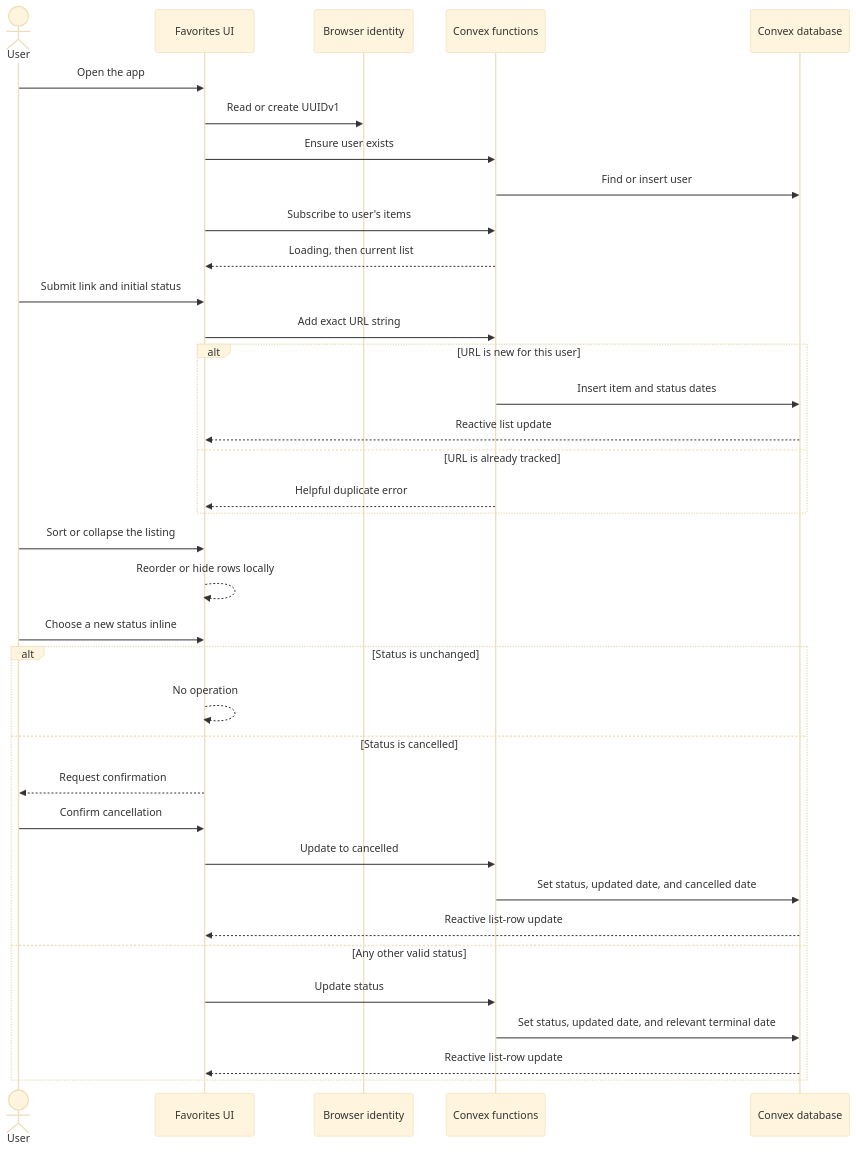
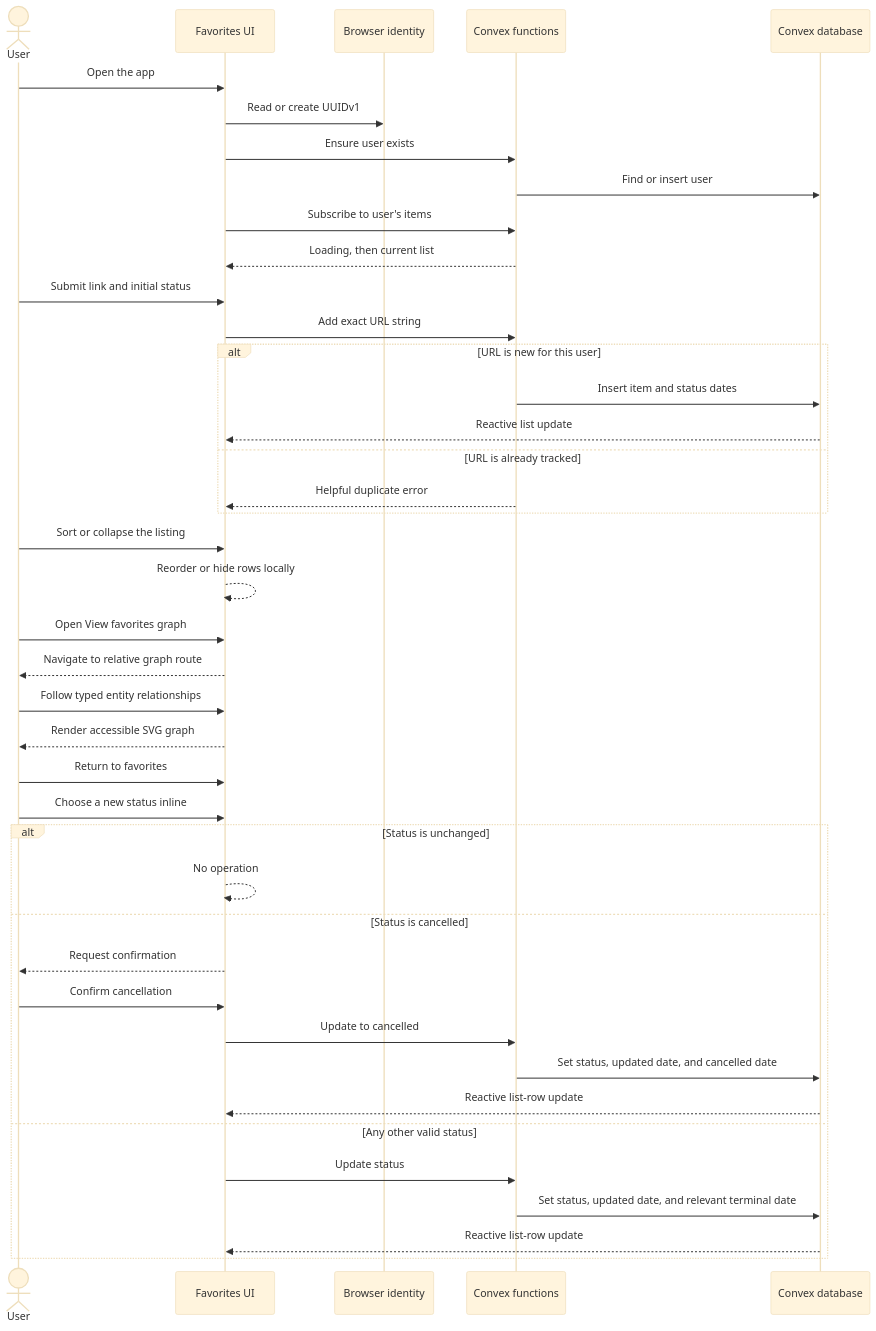
The second of 2 diagrams in architecture.md (johnpfeiffer/myrss), drawn with Mermaid (base theme) before and after one commit. The commit also changed other lines of this file and 14 other files, not shown here.

Commit message:
add a new module about visualizing the lightweight knowledge graph

````diff
--- a/architecture.md
+++ b/architecture.md
@@ -33,39 +36,44 @@
 ```mermaid
 sequenceDiagram
     actor User
     participant UI as Favorites UI
     participant Identity as Browser identity
     participant API as Convex functions
     participant DB as Convex database
 
     User->>UI: Open the app
     UI->>Identity: Read or create UUIDv1
     UI->>API: Ensure user exists
     API->>DB: Find or insert user
     UI->>API: Subscribe to user's items
     API-->>UI: Loading, then current list
     User->>UI: Submit link and initial status
     UI->>API: Add exact URL string
     alt URL is new for this user
         API->>DB: Insert item and status dates
         DB-->>UI: Reactive list update
     else URL is already tracked
         API-->>UI: Helpful duplicate error
     end
     User->>UI: Sort or collapse the listing
     UI-->>UI: Reorder or hide rows locally
+    User->>UI: Open View favorites graph
+    UI-->>User: Navigate to relative graph route
+    User->>UI: Follow typed entity relationships
+    UI-->>User: Render accessible SVG graph
+    User->>UI: Return to favorites
     User->>UI: Choose a new status inline
     alt Status is unchanged
         UI-->>UI: No operation
     else Status is cancelled
         UI-->>User: Request confirmation
         User->>UI: Confirm cancellation
         UI->>API: Update to cancelled
         API->>DB: Set status, updated date, and cancelled date
         DB-->>UI: Reactive list-row update
     else Any other valid status
         UI->>API: Update status
         API->>DB: Set status, updated date, and relevant terminal date
         DB-->>UI: Reactive list-row update
     end
 ```
````
